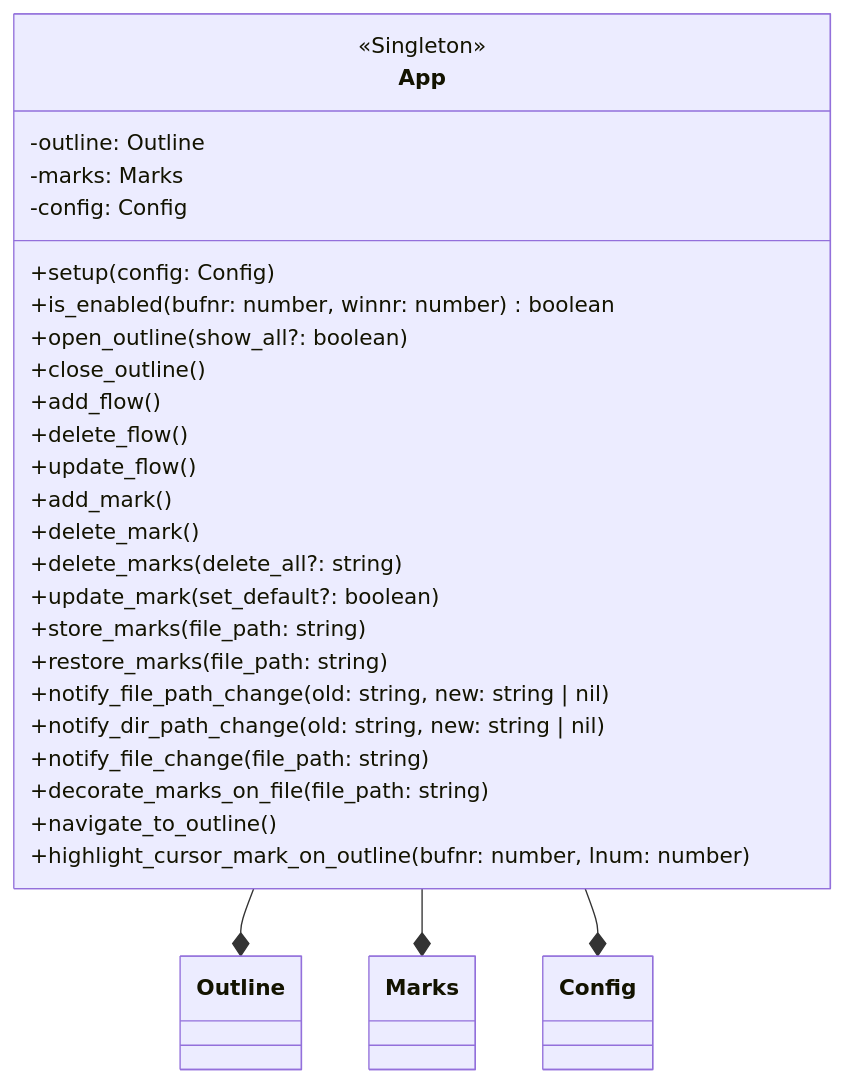
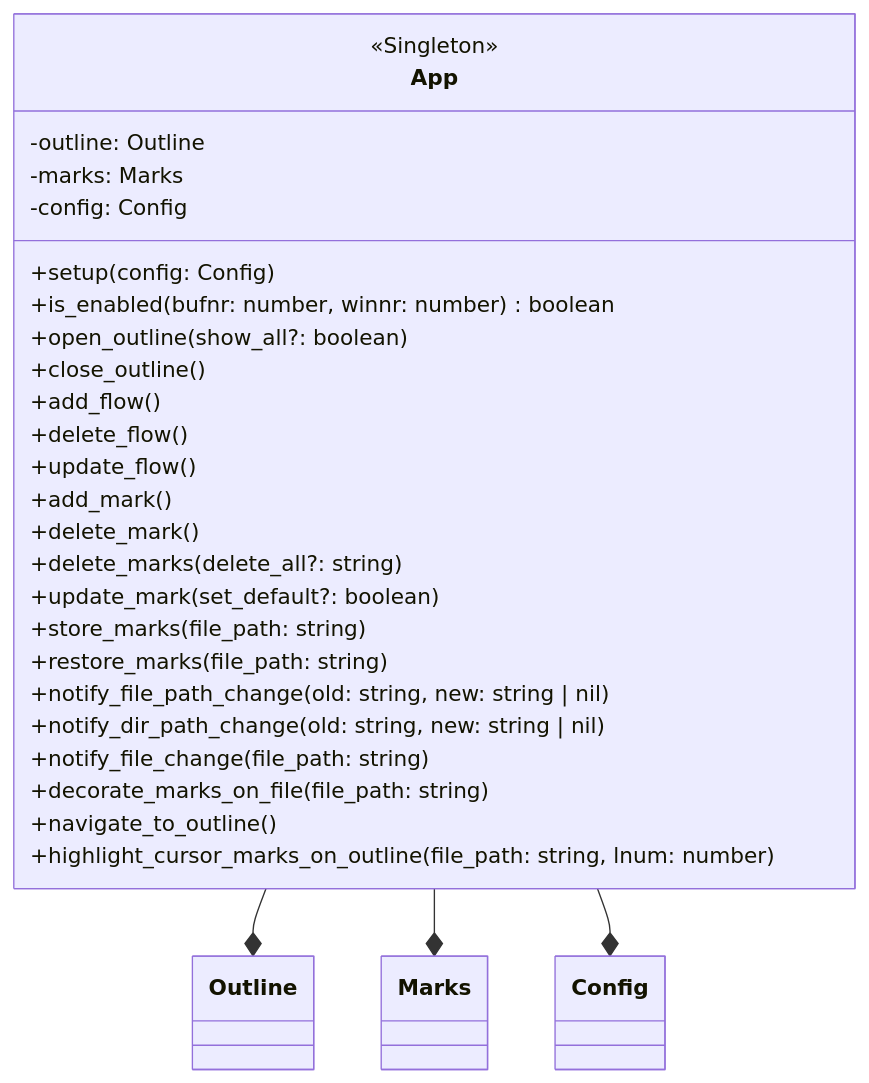
The first of 24 diagrams in DESIGN.md (niuiic/track.nvim), drawn with Mermaid before and after one commit. The commit also changed other lines of this file and 3 other files, not shown here.

Commit message:
feat: highlight cursor marks on outline

````diff
--- a/DESIGN.md
+++ b/DESIGN.md
@@ -32,38 +32,38 @@
 ```mermaid
 classDiagram
     App --* Outline
     App --* Marks
     App --* Config
     class App {
         <<Singleton>>
 
         -outline: Outline
         -marks: Marks
         -config: Config
 
         %% config
         +setup(config: Config)
         %% enable
         +is_enabled(bufnr: number, winnr: number) boolean
         %% outline
         +open_outline(show_all?: boolean)
         +close_outline()
         %% flow
         +add_flow()
         +delete_flow()
         +update_flow()
         %% mark
         +add_mark()
         +delete_mark()
         +delete_marks(delete_all?: string)
         +update_mark(set_default?: boolean)
         +store_marks(file_path: string)
         +restore_marks(file_path: string)
         +notify_file_path_change(old: string, new: string | nil)
         +notify_dir_path_change(old: string, new: string | nil)
         +notify_file_change(file_path: string)
         +decorate_marks_on_file(file_path: string)
         +navigate_to_outline()
-        +highlight_cursor_mark_on_outline(bufnr: number, lnum: number)
+        +highlight_cursor_marks_on_outline(file_path: string, lnum: number)
     }
 ```
````
